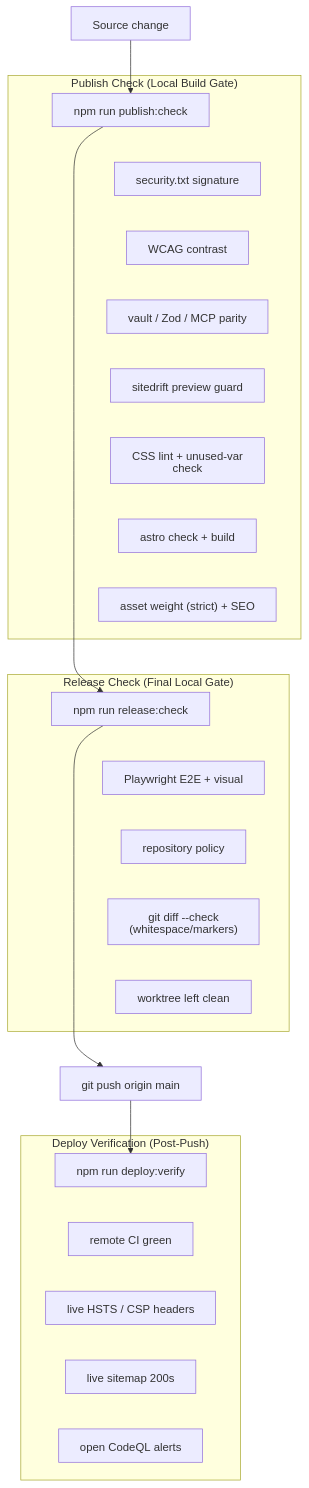
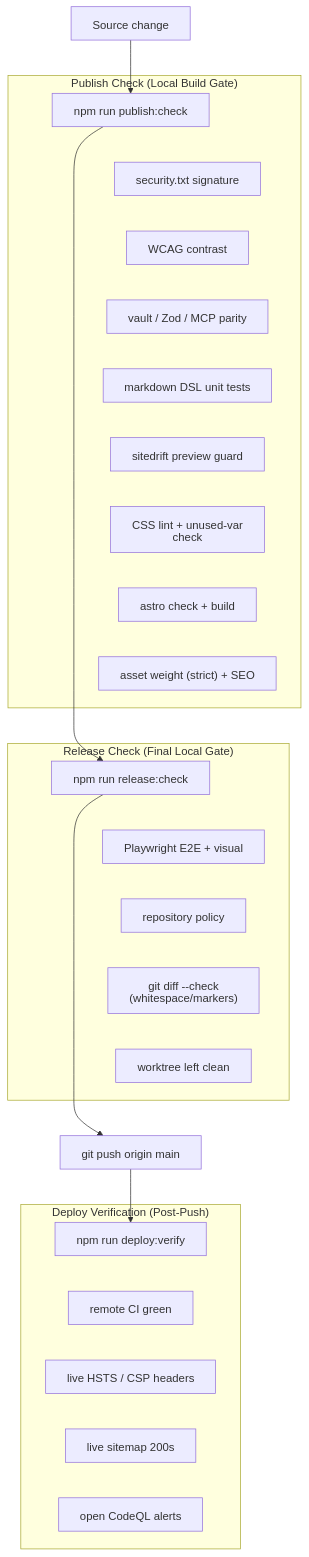
One commit to joeseverino/jseverino.com changed the diagram in tests/ARCHITECTURE.md. Above: the diagram before and after it, drawn with Mermaid. The commit also changed other lines of this file and 8 other files, not shown here.

````diff
--- a/tests/ARCHITECTURE.md
+++ b/tests/ARCHITECTURE.md
@@ -45,42 +46,43 @@
 ```mermaid
 %%{init: { "htmlLabels": false } }%%
 graph TD
     A["Source change"] --> B
     B --> C
     C --> D["git push origin main"]
     D --> E
 
     subgraph publish ["Publish Check (Local Build Gate)"]
         B["npm run publish:check"]
         B1["security.txt signature"]
         B2["WCAG contrast"]
         B3["vault / Zod / MCP parity"]
+        B8["markdown DSL unit tests"]
         B4["sitedrift preview guard"]
         B5["CSS lint + unused-var check"]
         B6["astro check + build"]
         B7["asset weight (strict) + SEO"]
     end
 
     subgraph release ["Release Check (Final Local Gate)"]
         C["npm run release:check"]
         C1["Playwright E2E + visual"]
         C2["repository policy"]
         C3["git diff --check (whitespace/markers)"]
         C4["worktree left clean"]
     end
 
     subgraph deploy ["Deploy Verification (Post-Push)"]
         E["npm run deploy:verify"]
         E1["remote CI green"]
         E2["live HSTS / CSP headers"]
         E3["live sitemap 200s"]
         E4["open CodeQL alerts"]
     end
 
     %% Force vertical layout nesting
-    B ~~~ B1 ~~~ B2 ~~~ B3 ~~~ B4 ~~~ B5 ~~~ B6 ~~~ B7
+    B ~~~ B1 ~~~ B2 ~~~ B3 ~~~ B8 ~~~ B4 ~~~ B5 ~~~ B6 ~~~ B7
     B7 ~~~ C
     C ~~~ C1 ~~~ C2 ~~~ C3 ~~~ C4
     C4 ~~~ D
     E ~~~ E1 ~~~ E2 ~~~ E3 ~~~ E4
 ```
````
